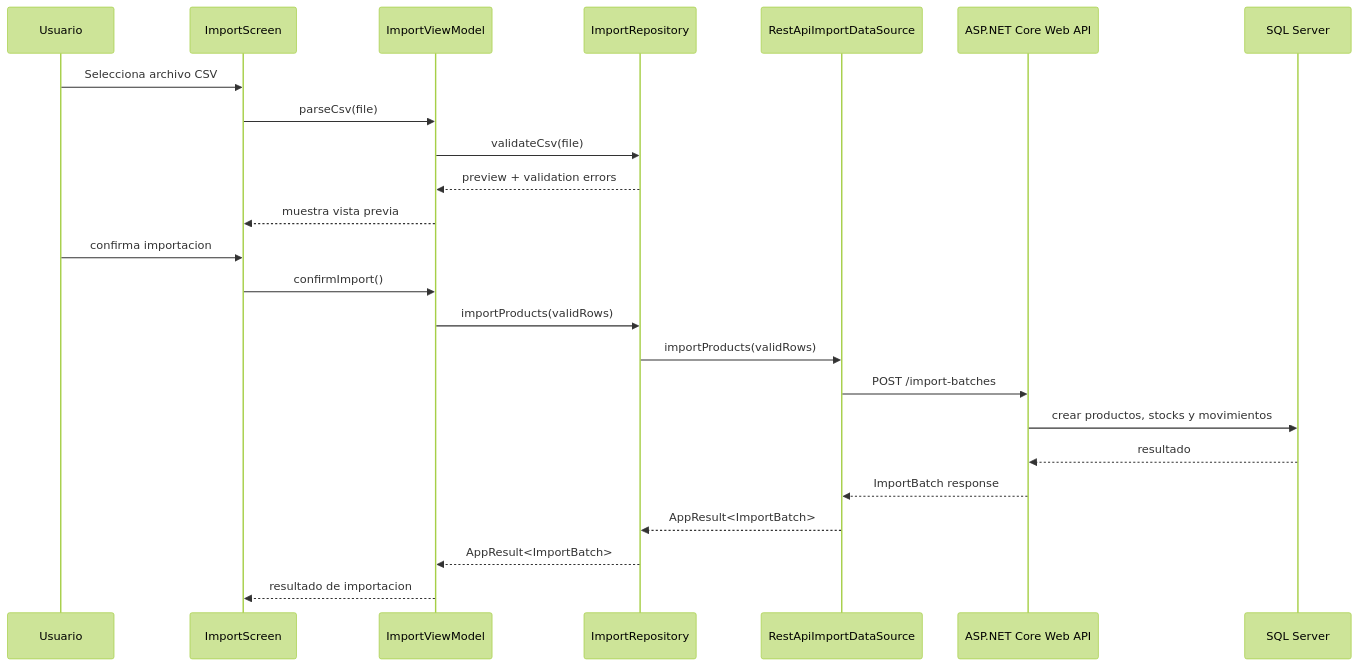
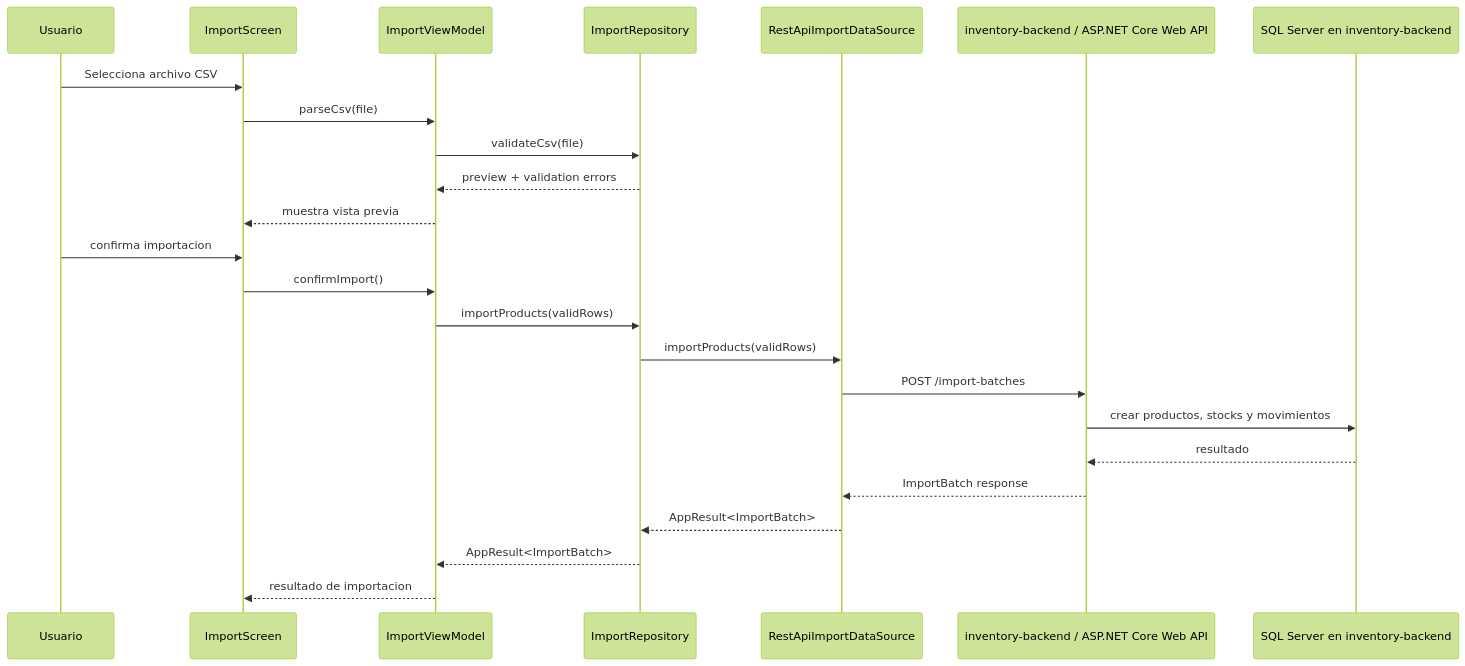
One commit to DevTeam-DAKFC/inventory-mobile-project changed the sixth of 8 diagrams in docs/architecture/system-architecture.md. Above: the diagram before and after it, drawn with Mermaid (forest theme). The commit also changed other lines of this file and 1 other file, not shown here.

Commit message:
docs(architecture): align system docs with backend repository split

````diff
--- a/docs/architecture/system-architecture.md
+++ b/docs/architecture/system-architecture.md
@@ -498,27 +498,27 @@
 ```mermaid
 sequenceDiagram
     participant U as Usuario
     participant UI as ImportScreen
     participant VM as ImportViewModel
     participant R as ImportRepository
     participant DS as RestApiImportDataSource
-    participant API as ASP.NET Core Web API
-    participant SQL as SQL Server
+    participant API as inventory-backend / ASP.NET Core Web API
+    participant SQL as SQL Server en inventory-backend
 
     U->>UI: Selecciona archivo CSV
     UI->>VM: parseCsv(file)
     VM->>R: validateCsv(file)
     R-->>VM: preview + validation errors
     VM-->>UI: muestra vista previa
     U->>UI: confirma importacion
     UI->>VM: confirmImport()
     VM->>R: importProducts(validRows)
     R->>DS: importProducts(validRows)
     DS->>API: POST /import-batches
     API->>SQL: crear productos, stocks y movimientos
     SQL-->>API: resultado
     API-->>DS: ImportBatch response
     DS-->>R: AppResult<ImportBatch>
     R-->>VM: AppResult<ImportBatch>
     VM-->>UI: resultado de importacion
 ```
````
